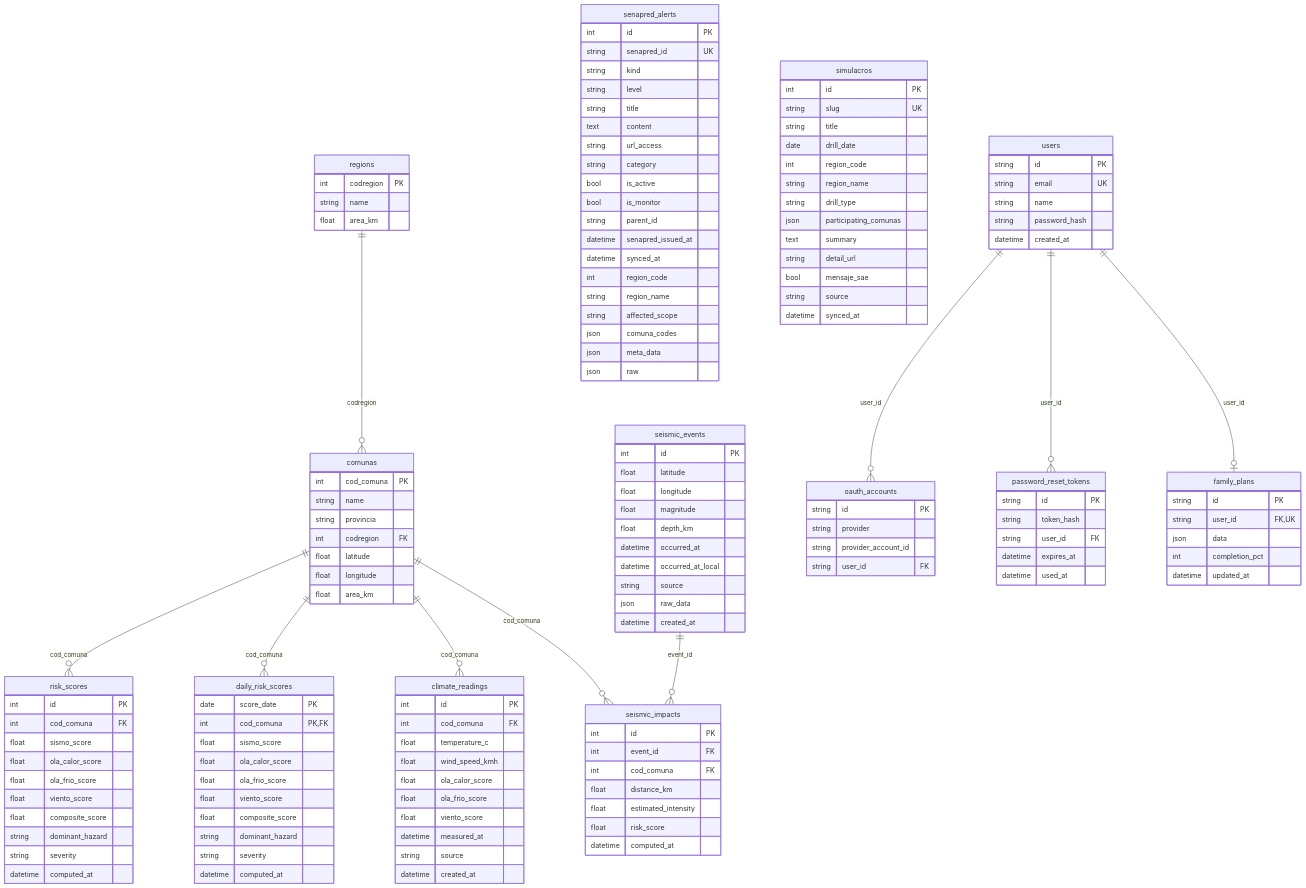
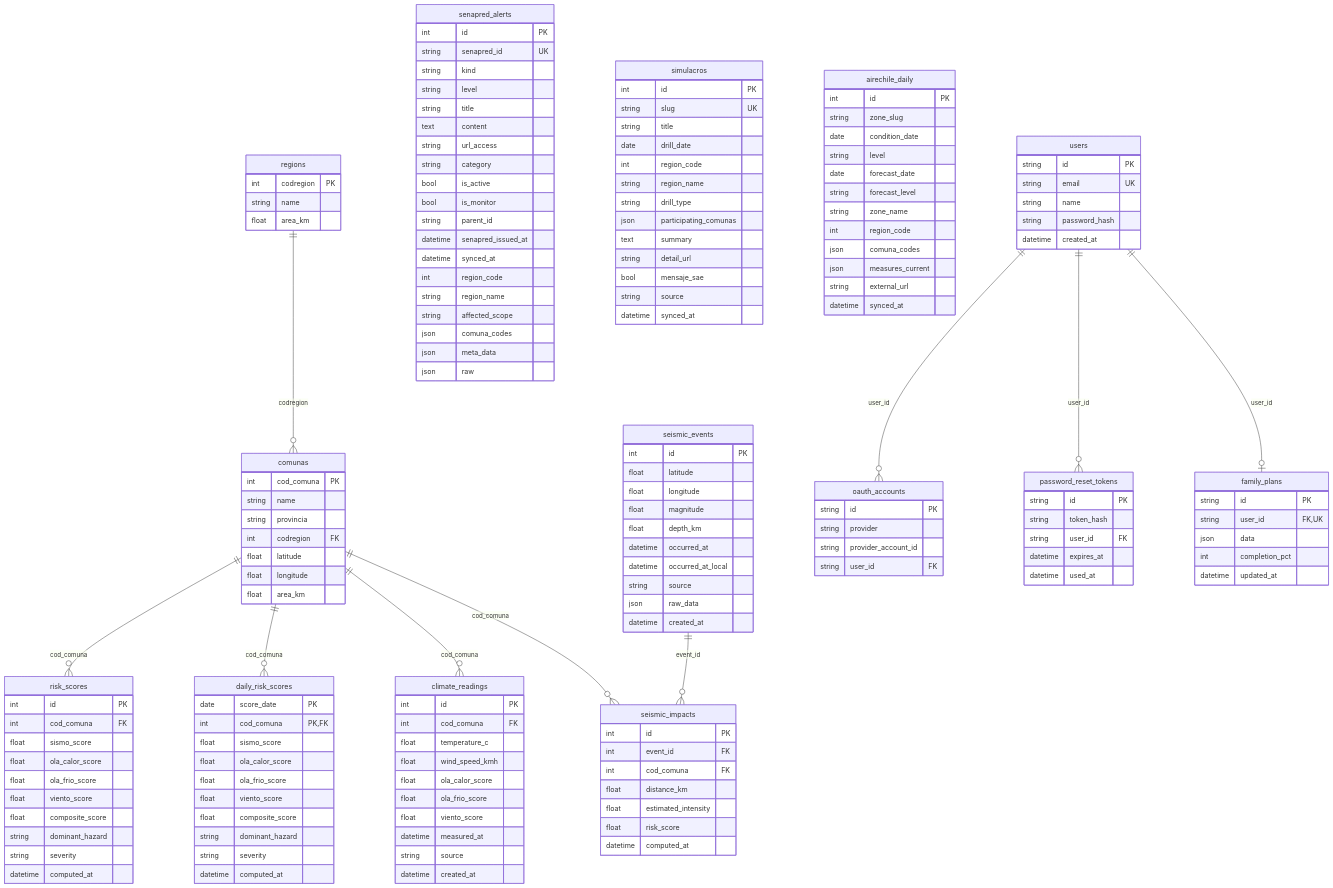
Before and after one commit to Alphabeath/ChileRisk: the first of 2 diagrams in backend/docs/DB-SCHEMA.md, drawn with Mermaid. The commit also changed other lines of this file and 40 other files, not shown here.

```diff
--- a/backend/docs/DB-SCHEMA.md
+++ b/backend/docs/DB-SCHEMA.md
@@ -120,6 +120,21 @@
         datetime synced_at
     }
 
+    airechile_daily {
+        int id PK
+        string zone_slug
+        date condition_date
+        string level
+        date forecast_date
+        string forecast_level
+        string zone_name
+        int region_code
+        json comuna_codes
+        json measures_current
+        string external_url
+        datetime synced_at
+    }
+
     users {
         string id PK
         string email UK
```
